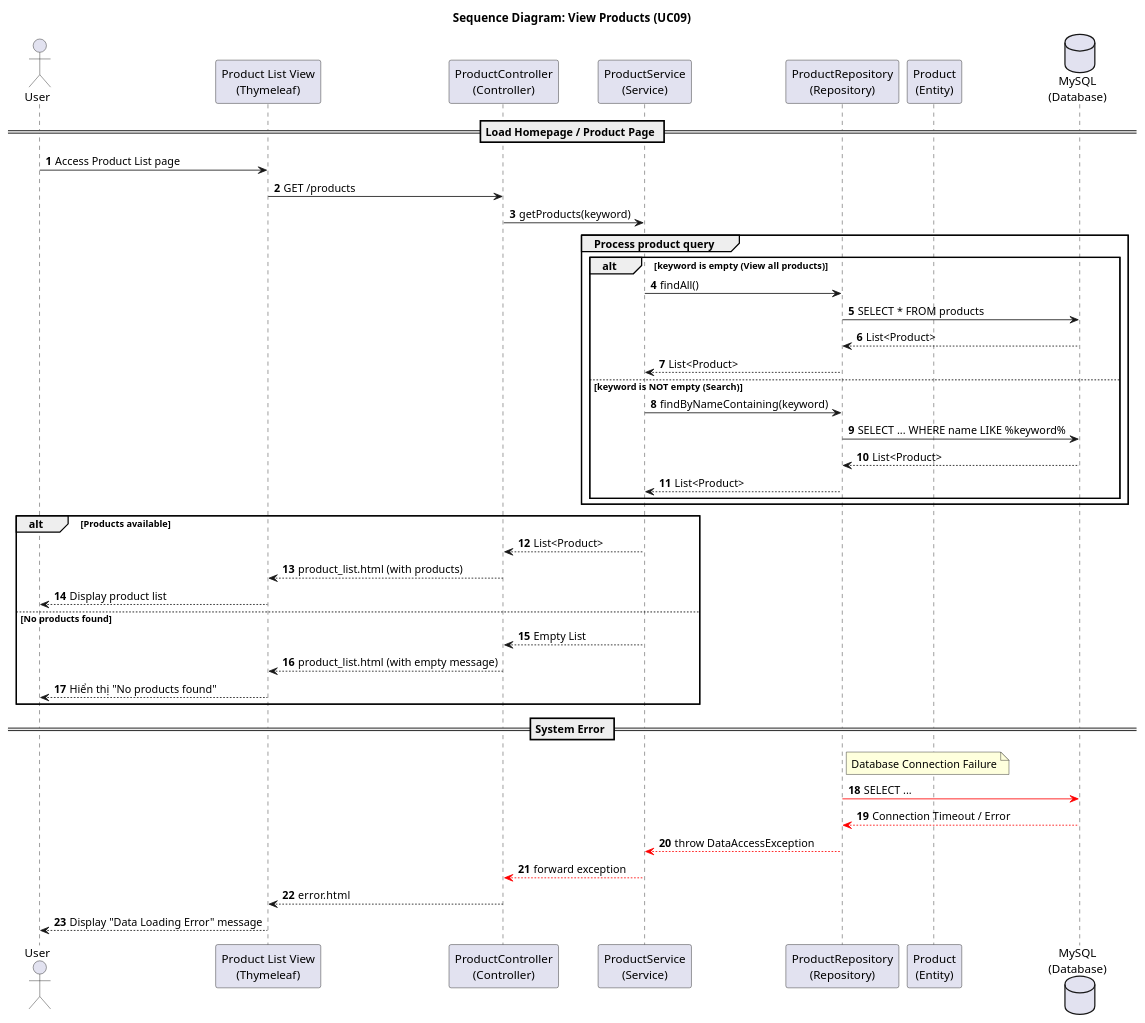
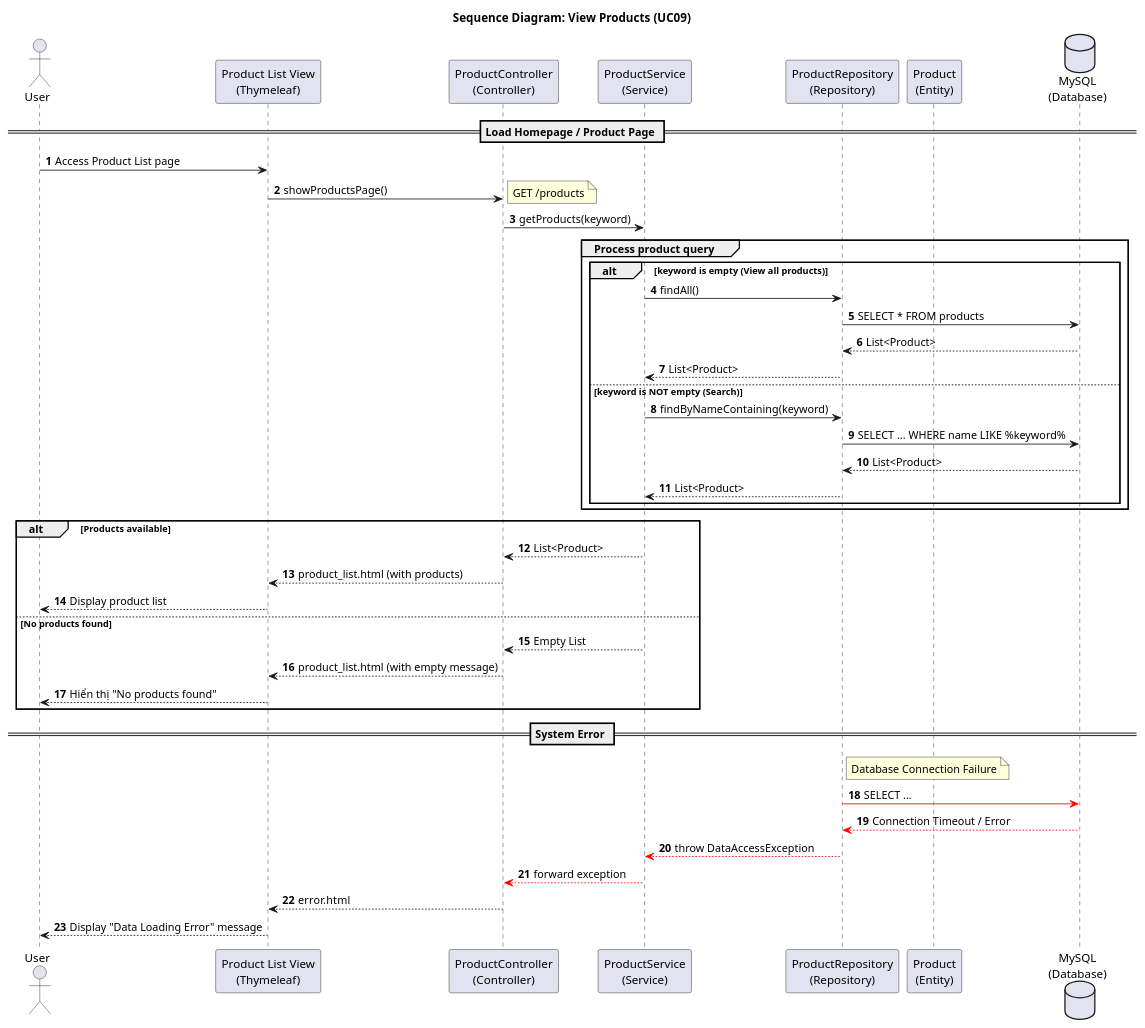
One commit to Peterdir/fashion-store-system changed the diagram in src/main/java/org/example/fashionstoresystem/uml/Sequence/SD09_ViewProducts.puml. Above: the diagram before and after it, drawn with PlantUML. The commit also changed 13 other files, not shown here.

Commit message:
Implement Class Diagram and Update Sequence Diagram

```diff
--- a/src/main/java/org/example/fashionstoresystem/uml/Sequence/SD09_ViewProducts.puml
+++ b/src/main/java/org/example/fashionstoresystem/uml/Sequence/SD09_ViewProducts.puml
@@ -1,51 +1,52 @@
 @startuml
 title Sequence Diagram: View Products (UC09)
 
 autonumber
 actor User
 participant "Product List View\n(Thymeleaf)" as View
 participant "ProductController\n(Controller)" as Controller
 participant "ProductService\n(Service)" as Service
 participant "ProductRepository\n(Repository)" as Repository
 participant "Product\n(Entity)" as Entity
 database "MySQL\n(Database)" as DB
 
 == Load Homepage / Product Page ==
 User -> View : Access Product List page
-View -> Controller : GET /products
+View -> Controller : showProductsPage()
+note right: GET /products
 Controller -> Service : getProducts(keyword)
 
 group Process product query
     alt keyword is empty (View all products)
         Service -> Repository : findAll()
         Repository -> DB : SELECT * FROM products
         DB --> Repository : List<Product>
         Repository --> Service : List<Product>
     else keyword is NOT empty (Search)
         Service -> Repository : findByNameContaining(keyword)
         Repository -> DB : SELECT ... WHERE name LIKE %keyword%
         DB --> Repository : List<Product>
         Repository --> Service : List<Product>
     end
 end
 
 alt Products available
     Service --> Controller : List<Product>
     Controller --> View : product_list.html (with products)
     View --> User : Display product list
 else No products found
     Service --> Controller : Empty List
     Controller --> View : product_list.html (with empty message)
     View --> User : Hiển thị "No products found"
 end
 
 == System Error ==
 note right of Repository: Database Connection Failure
 Repository -[#red]> DB : SELECT ...
 DB --[#red]> Repository : Connection Timeout / Error
 Repository --[#red]> Service : throw DataAccessException
 Service --[#red]> Controller : forward exception
 Controller --> View : error.html
 View --> User : Display "Data Loading Error" message
 
 @enduml
```
